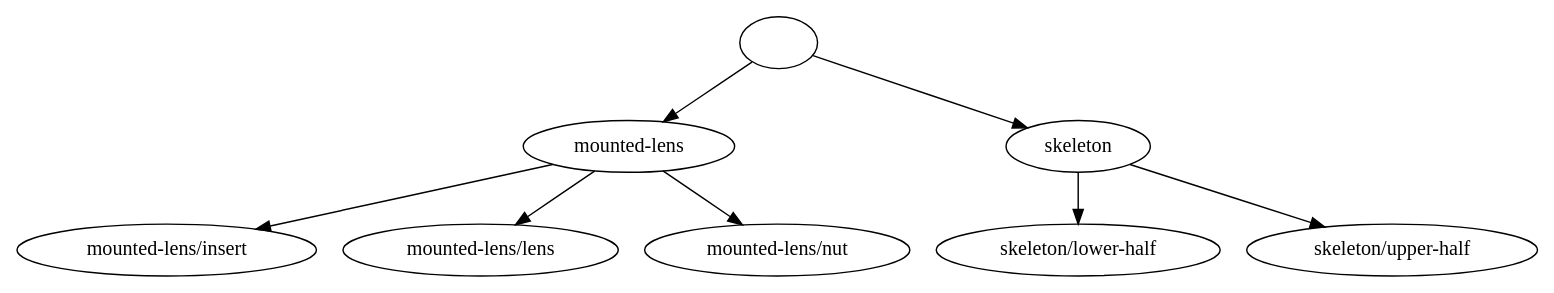
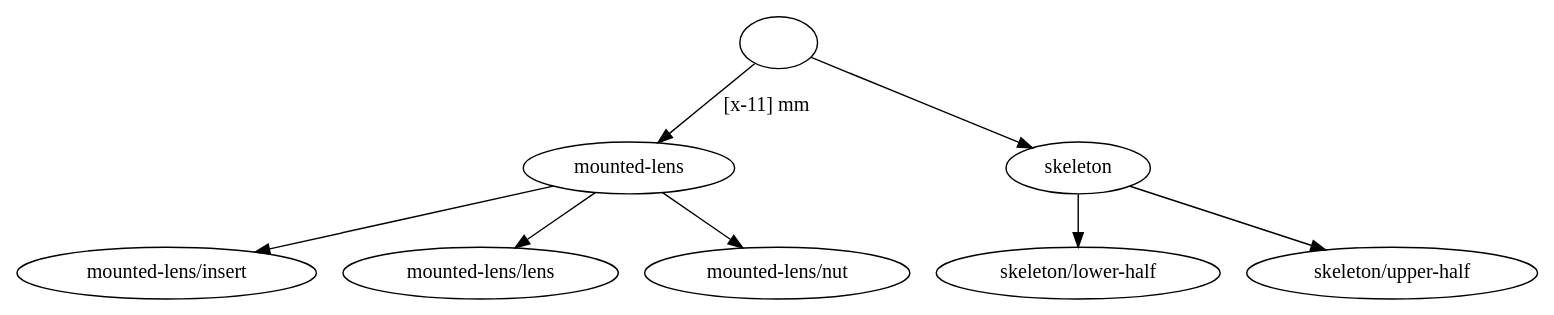
The diagram in examples/designs/cube-mounted/lens.dsn/_positions-graph:x.dot (openUC2/optikit), drawn with Graphviz before and after one commit. The commit also changed 290 other files, not shown here.

```diff
--- a/examples/designs/cube-mounted/lens.dsn/_positions-graph:x.dot
+++ b/examples/designs/cube-mounted/lens.dsn/_positions-graph:x.dot
@@ -1,50 +1,51 @@
 strict digraph "" {
-	graph [bb="0,0,912.86,180"];
+	graph [bb="0,0,912.86,197.8"];
 	node [label="\N"];
 	edge [label="\E"];
 	""	[height=0.5,
-		pos="455.74,162",
+		pos="455.74,179.8",
 		width=0.75];
 	"mounted-lens"	[height=0.5,
-		pos="364.74,90",
+		pos="364.74,91",
 		width=1.7667];
 	"" -> "mounted-lens"	[key=" -> mounted-lens",
-		label="",
-		pos="e,385.94,107.31 438.62,147.83 426.38,138.41 409.56,125.48 395.06,114.33"];
+		label="[x-11] mm",
+		lp="448.52,135.4",
+		pos="e,382.28,108.73 440.71,164.47 427.04,151.43 406.58,131.91 390.34,116.41"];
 	skeleton	[height=0.5,
-		pos="636.74,90",
+		pos="636.74,91",
 		width=1.2005];
 	"" -> skeleton	[key=" -> skeleton",
 		label="",
-		pos="e,605.84,102.95 478.66,152.13 507.89,140.83 558.96,121.08 595.13,107.09"];
+		pos="e,609.09,105.26 477.21,168.5 507.13,154.16 561.82,127.93 598.72,110.23"];
 	"mounted-lens/insert"	[height=0.5,
 		pos="87.74,18",
 		width=2.4372];
 	"mounted-lens" -> "mounted-lens/insert"	[key="mounted-lens -> mounted-lens/insert",
 		label="",
-		pos="e,141.38,32.554 318.38,77.284 272.89,65.789 203.14,48.163 152.26,35.304"];
+		pos="e,141.01,32.655 318.69,78.196 273.11,66.514 202.95,48.531 151.92,35.451"];
 	"mounted-lens/lens"	[height=0.5,
 		pos="275.74,18",
 		width=2.2734];
 	"mounted-lens" -> "mounted-lens/lens"	[key="mounted-lens -> mounted-lens/lens",
 		label="",
-		pos="e,296.89,35.633 344.1,72.765 332.69,63.795 318.32,52.49 305.7,42.564"];
+		pos="e,296.89,35.871 344.1,73.533 332.69,64.435 318.32,52.969 305.7,42.901"];
 	"mounted-lens/nut"	[height=0.5,
 		pos="453.74,18",
 		width=2.184];
 	"mounted-lens" -> "mounted-lens/nut"	[key="mounted-lens -> mounted-lens/nut",
 		label="",
-		pos="e,432.59,35.633 385.38,72.765 396.79,63.795 411.16,52.49 423.78,42.564"];
+		pos="e,432.9,35.624 385.38,73.533 396.87,64.369 411.37,52.802 424.05,42.682"];
 	"skeleton/lower-half"	[height=0.5,
 		pos="636.74,18",
 		width=2.3922];
 	skeleton -> "skeleton/lower-half"	[key="skeleton -> skeleton/lower-half",
 		label="",
-		pos="e,636.74,36.104 636.74,71.697 636.74,64.407 636.74,55.726 636.74,47.536"];
+		pos="e,636.74,36.029 636.74,72.813 636.74,65.226 636.74,56.101 636.74,47.539"];
 	"skeleton/upper-half"	[height=0.5,
 		pos="826.74,18",
 		width=2.3922];
 	skeleton -> "skeleton/upper-half"	[key="skeleton -> skeleton/upper-half",
 		label="",
-		pos="e,785.69,34.126 668.12,77.441 697.12,66.754 740.78,50.67 774.95,38.08"];
+		pos="e,786.03,34.212 668.12,78.276 697.22,67.4 741.06,51.016 775.29,38.227"];
 }
```
